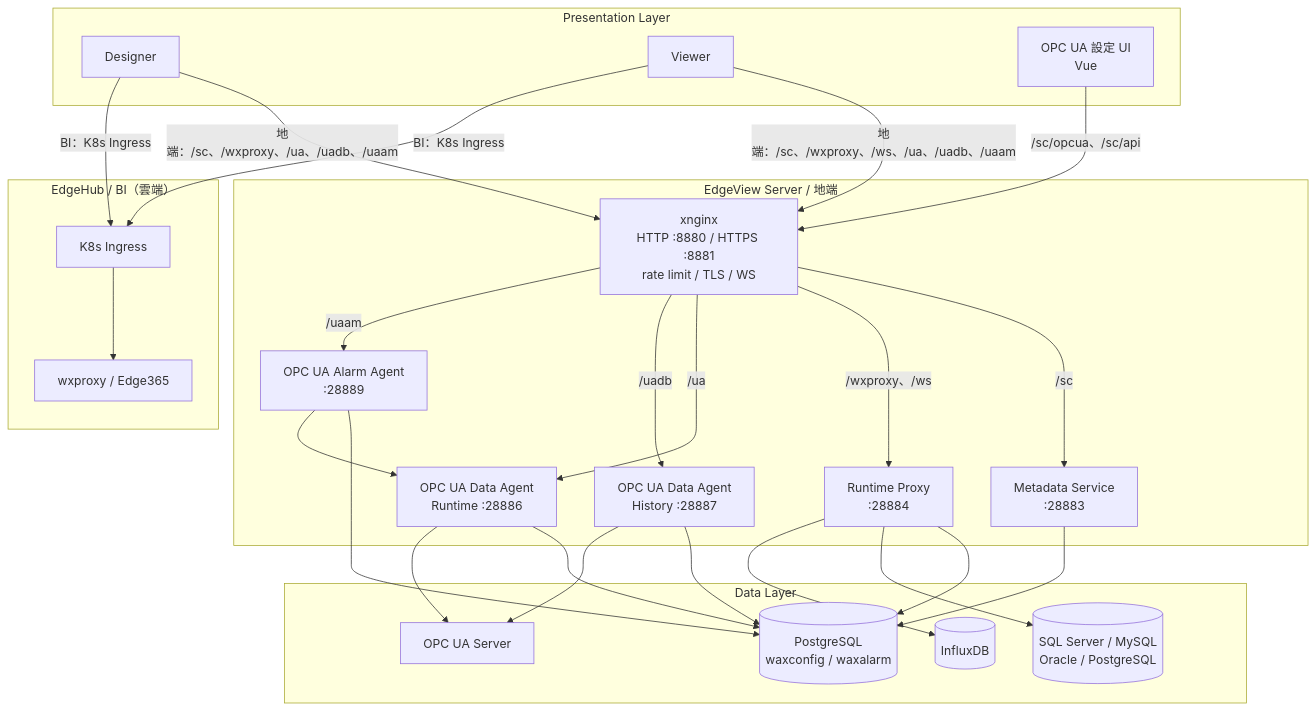
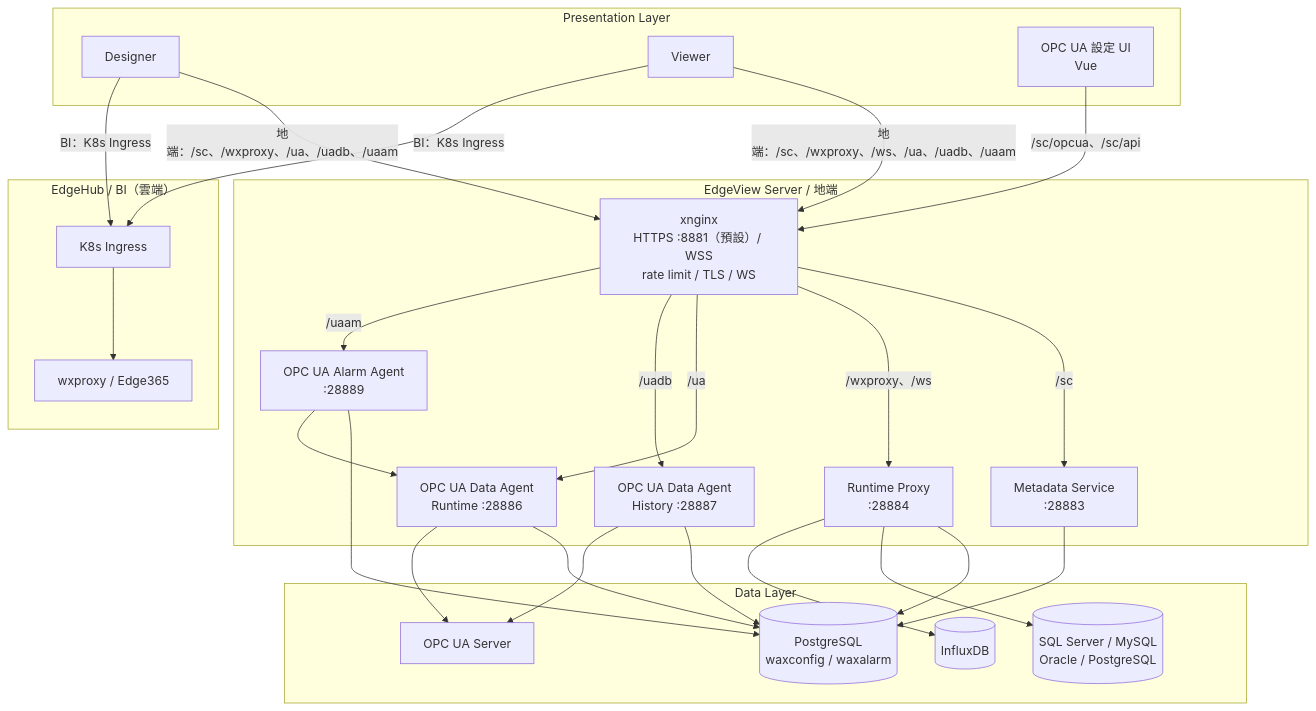
One commit to PochengChen-del/EdgeViewDoc changed the first of 8 diagrams in SDS/02_System_Architecture.md. Above: the diagram before and after it, drawn with Mermaid. The commit also changed other lines of this file and 9 other files, not shown here.

````diff
--- a/SDS/02_System_Architecture.md
+++ b/SDS/02_System_Architecture.md
@@ -15,53 +15,53 @@
 ```mermaid
 flowchart TB
     subgraph Presentation["Presentation Layer"]
         Designer["Designer"]
         Viewer["Viewer"]
         Vue["OPC UA 設定 UI<br/>Vue"]
     end
 
     subgraph Edge["EdgeView Server / 地端"]
-        NG["xnginx<br/>HTTP :8880 / HTTPS :8881<br/>rate limit / TLS / WS"]
+        NG["xnginx<br/>HTTPS :8881（預設）/ WSS<br/>rate limit / TLS / WS"]
         Meta["Metadata Service<br/>:28883"]
         Proxy["Runtime Proxy<br/>:28884"]
         RT["OPC UA Data Agent<br/>Runtime :28886"]
         HIS["OPC UA Data Agent<br/>History :28887"]
         ALM["OPC UA Alarm Agent<br/>:28889"]
     end
 
     subgraph BI["EdgeHub / BI（雲端）"]
         ING["K8s Ingress"]
         Cloud["wxproxy / Edge365"]
     end
 
     subgraph Data["Data Layer"]
         PG[(PostgreSQL<br/>waxconfig / waxalarm)]
         ExtDB[(SQL Server / MySQL<br/>Oracle / PostgreSQL)]
         Influx[(InfluxDB)]
         OPC[OPC UA Server]
     end
 
     Designer -->|地端：/sc、/wxproxy、/ua、/uadb、/uaam| NG
     Viewer -->|地端：/sc、/wxproxy、/ws、/ua、/uadb、/uaam| NG
     Vue -->|/sc/opcua、/sc/api| NG
     Designer -->|BI：K8s Ingress| ING
     Viewer -->|BI：K8s Ingress| ING
     ING --> Cloud
 
     NG -->|/sc| Meta
     NG -->|/wxproxy、/ws| Proxy
     NG -->|/ua| RT
     NG -->|/uadb| HIS
     NG -->|/uaam| ALM
 
     Meta --> PG
     Proxy --> PG
     RT --> PG
     HIS --> PG
     ALM --> PG
     Proxy --> ExtDB
     Proxy --> Influx
     RT --> OPC
     HIS --> OPC
     ALM --> RT
 ```
````
